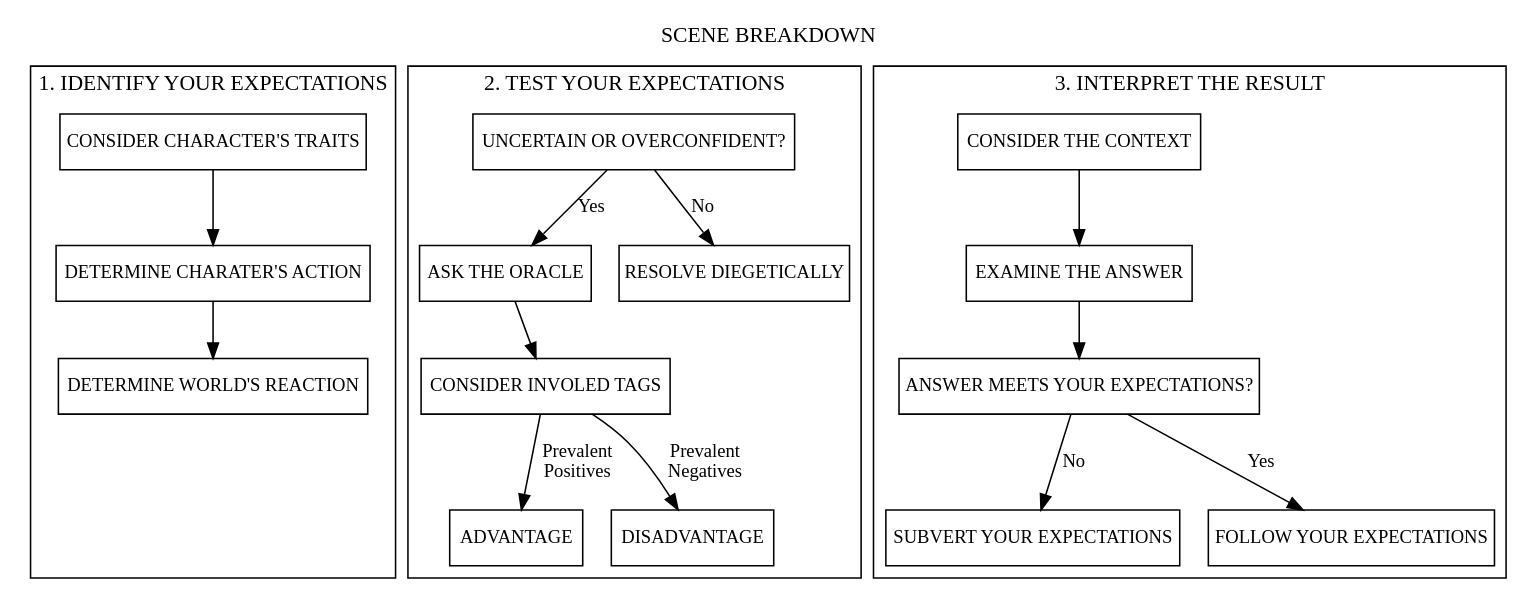
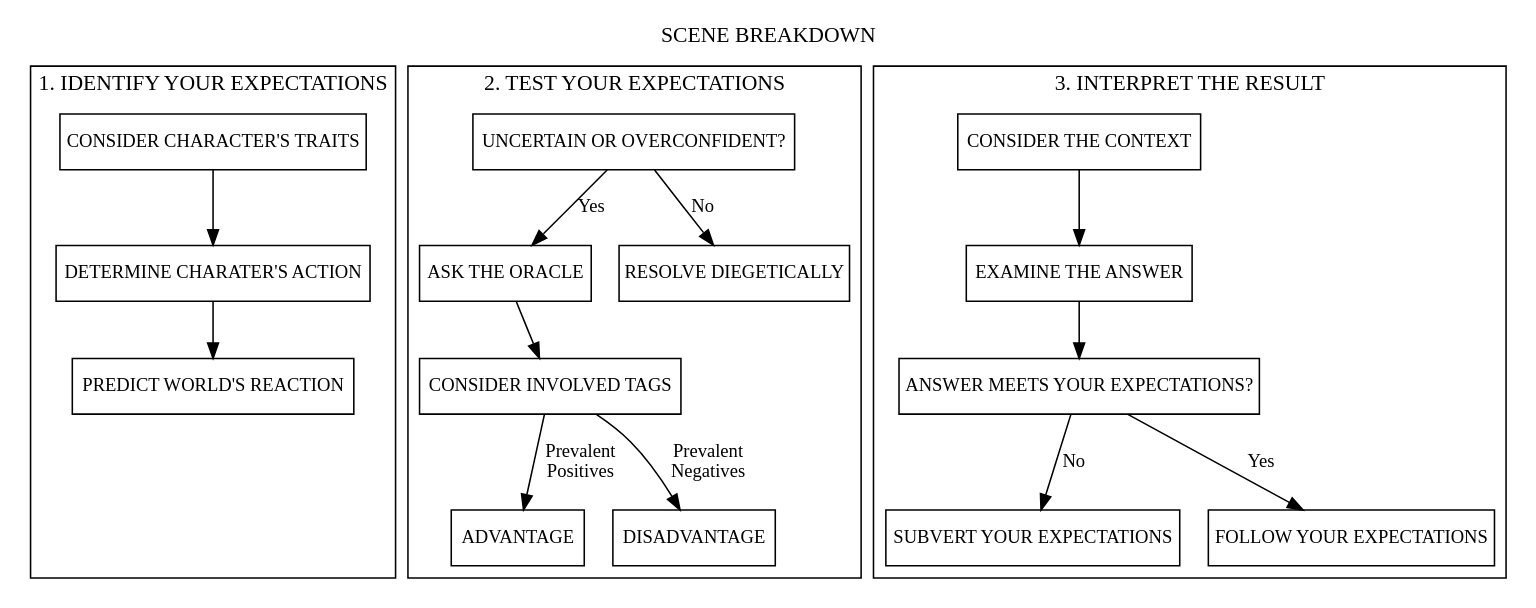
The diagram in diagrams/scene_breakdown.dot (zeruhur/loner), drawn with Graphviz before and after one commit.

```diff
--- a/diagrams/scene_breakdown.dot
+++ b/diagrams/scene_breakdown.dot
@@ -1,53 +1,53 @@
 digraph scene_breakdown {
     label = "SCENE BREAKDOWN";
     labelloc="t";
     fontname="Takota";
     node [shape="rect", style = "", 
     fontname="Takota", fontsize=12];
     edge [shape="rect", fontname="Takota", fontsize=12];
 
     subgraph cluster_0 {
         label = "1. IDENTIFY YOUR EXPECTATIONS";
         cs01 [label = "CONSIDER CHARACTER'S TRAITS"];
         cs02 [label = "DETERMINE CHARATER'S ACTION"];
-        cs03 [label = "DETERMINE WORLD'S REACTION"];
+        cs03 [label = "PREDICT WORLD'S REACTION"];
         cs04 [style = "invis"];
-        
+
         cs01 -> cs02 -> cs03;
         cs03 -> cs04 [style="invis"];
 
     }
     subgraph cluster_1 {
         label = "2. TEST YOUR EXPECTATIONS";
         cs11 [label = "UNCERTAIN OR OVERCONFIDENT?"];
         cs12 [label = "ASK THE ORACLE"];
         cs13 [label = "RESOLVE DIEGETICALLY"];
-        cs14 [label = "CONSIDER INVOLED TAGS"];
+        cs14 [label = "CONSIDER INVOLVED TAGS"];
         cs15 [label = "ADVANTAGE"];
         cs16 [label = "DISADVANTAGE"];
 
         cs11 -> cs12 [label="Yes"];
         cs11 -> cs13 [label="No"];
         cs12 -> cs14;
         cs14 -> cs15 [label = "Prevalent \n Positives"];
         cs14 -> cs16 [label = "Prevalent \n Negatives"];
 
     }
     subgraph cluster_3 {
         label = "3. INTERPRET THE RESULT";
         cs31 [label = "ANSWER MEETS YOUR EXPECTATIONS?"];
         cs32 [label = "CONSIDER THE CONTEXT"];
         cs33 [label = "EXAMINE THE ANSWER"];
         cs34 [label = "SUBVERT YOUR EXPECTATIONS"];
         cs35 [label = "FOLLOW YOUR EXPECTATIONS"];
 
         cs32 -> cs33 -> cs31;
         cs31 -> cs35 [label = "Yes"];
         cs31 -> cs34 [label = "No"];
 
     //cs03 -> cs11;
     //cs15, cs16 -> cs32
 
     }
 
 }
```
